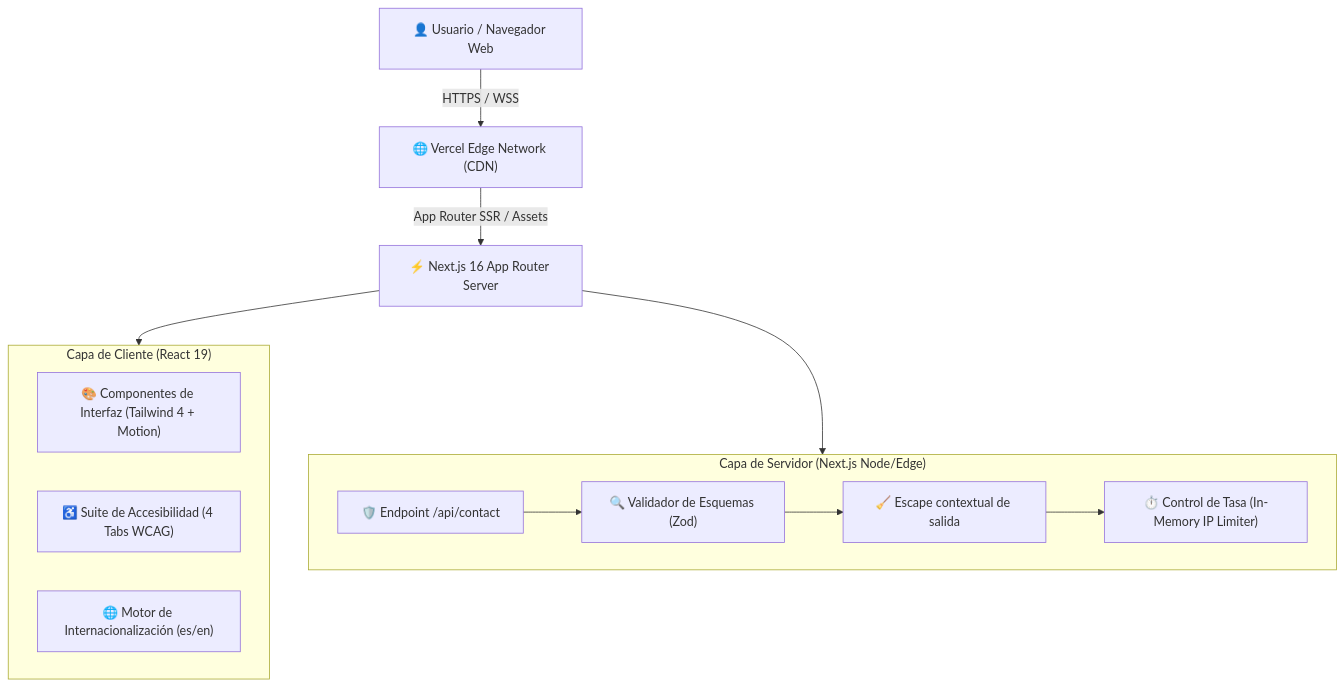
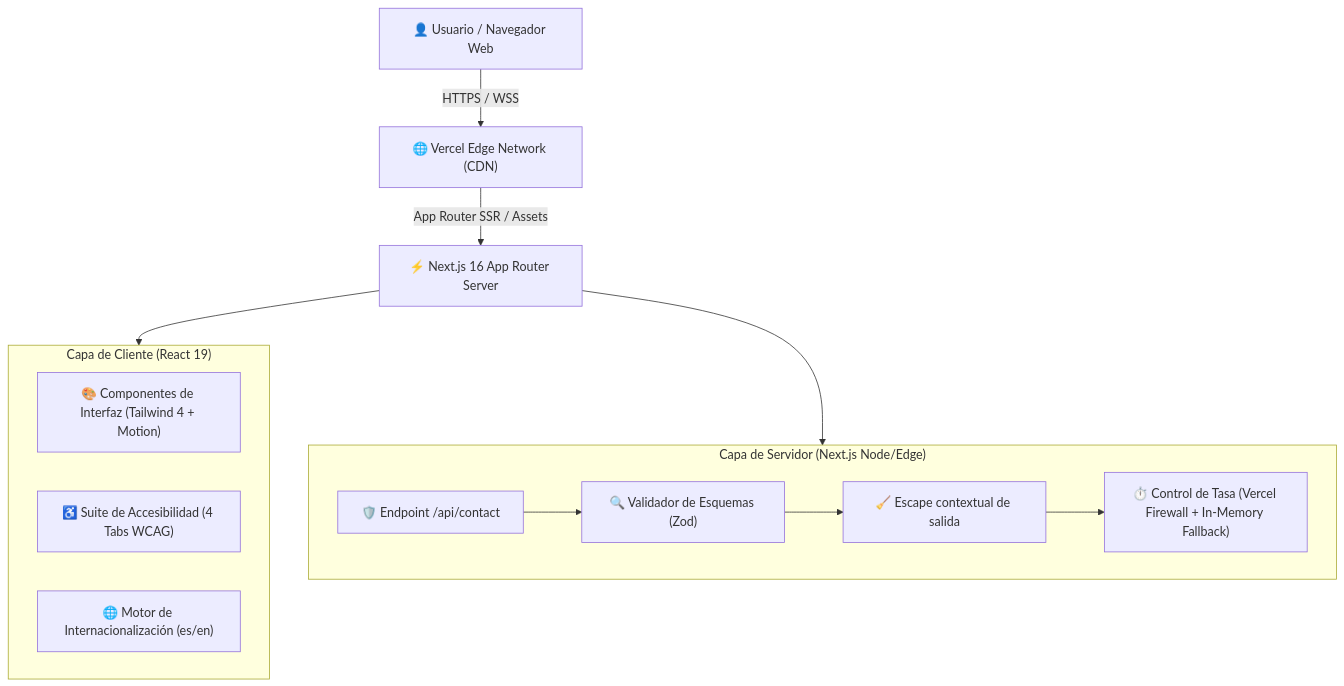
The diagram in docs/architecture/ARCHITECTURE.md (TuMyXx93/portfolio), drawn with Mermaid before and after one commit. The commit also changed 27 other files, not shown here.

````diff
--- a/docs/architecture/ARCHITECTURE.md
+++ b/docs/architecture/ARCHITECTURE.md
@@ -9,22 +9,22 @@
 ```mermaid
 graph TD
     User["👤 Usuario / Navegador Web"] -->|HTTPS / WSS| VercelEdge["🌐 Vercel Edge Network (CDN)"]
     VercelEdge -->|App Router SSR / Assets| NextServer["⚡ Next.js 16 App Router Server"]
 
     subgraph ClientLayer ["Capa de Cliente (React 19)"]
         UIComponents["🎨 Componentes de Interfaz (Tailwind 4 + Motion)"]
         AccessSuite["♿ Suite de Accesibilidad (4 Tabs WCAG)"]
         I18nEngine["🌐 Motor de Internacionalización (es/en)"]
     end
 
     subgraph ServerLayer ["Capa de Servidor (Next.js Node/Edge)"]
         APIContact["🛡️ Endpoint /api/contact"]
         ZodValidator["🔍 Validador de Esquemas (Zod)"]
     Sanitizer["🧹 Escape contextual de salida"]
-        RateLimiter["⏱️ Control de Tasa (In-Memory IP Limiter)"]
+        RateLimiter["⏱️ Control de Tasa (Vercel Firewall + In-Memory Fallback)"]
     end
 
     NextServer --> ClientLayer
     NextServer --> ServerLayer
     APIContact --> ZodValidator --> Sanitizer --> RateLimiter
 ```
````
